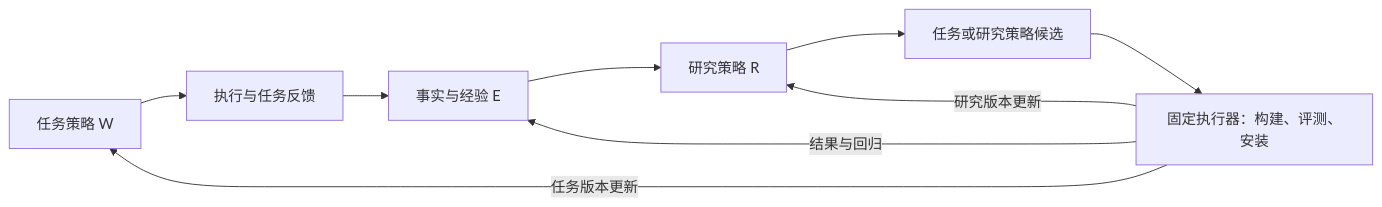
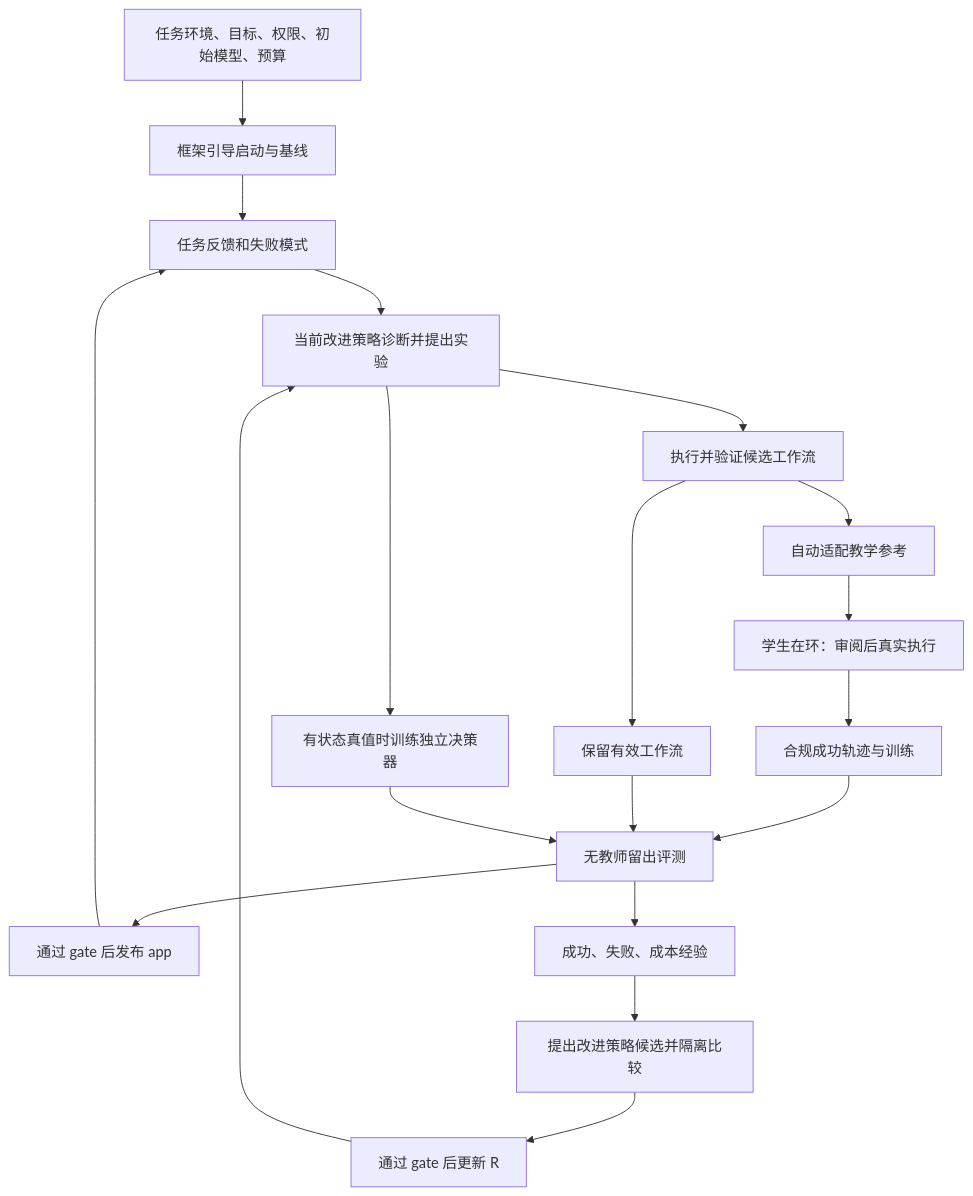
Before and after one commit to e13ven-arch/ouroloop: the diagram in docs/DESIGN.md, drawn with Mermaid. The commit also changed other lines of this file and 55 other files, not shown here.

````diff
--- a/docs/DESIGN.md
+++ b/docs/DESIGN.md
@@ -44,11 +70,21 @@
 ```mermaid
-flowchart LR
-    W[任务策略 W] --> F[执行与任务反馈]
-    F --> E[事实与经验 E]
-    E --> R[研究策略 R]
-    R --> C[任务或研究策略候选]
-    C --> K[固定执行器：构建、评测、安装]
-    K -->|任务版本更新| W
-    K -->|研究版本更新| R
-    K -->|结果与回归| E
+flowchart TD
+    U[任务环境、目标、权限、初始模型、预算] --> B[框架引导启动与基线]
+    B --> F[任务反馈和失败模式]
+    F --> R[当前改进策略诊断并提出实验]
+    R --> H[执行并验证候选工作流]
+    H --> P[保留有效工作流]
+    H --> T[自动适配教学参考]
+    T --> C[学生在环：审阅后真实执行]
+    C --> D[合规成功轨迹与训练]
+    D --> V[无教师留出评测]
+    P --> V
+    R --> J[有状态真值时训练独立决策器]
+    J --> V
+    V --> W[通过 gate 后发布 app]
+    W --> F
+    V --> E[成功、失败、成本经验]
+    E --> Q[提出改进策略候选并隔离比较]
+    Q --> I[通过 gate 后更新 R]
+    I --> R
 ```
````
